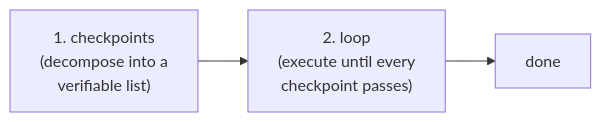
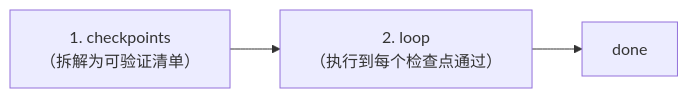
The first of 3 diagrams in README.md (534529531/ralph-flow), drawn with Mermaid before and after one commit. The commit also changed other lines of this file and 20 other files, not shown here.

````diff
--- a/README.md
+++ b/README.md
@@ -81,5 +80,5 @@
 ```mermaid
 flowchart LR
-    C["1. checkpoints<br/>(decompose into a<br/>verifiable list)"] --> L["2. loop<br/>(execute until every<br/>checkpoint passes)"]
+    C["1. checkpoints<br/>（拆解为可验证清单）"] --> L["2. loop<br/>（执行到每个检查点通过）"]
     L --> Done["done"]
 ```
````
